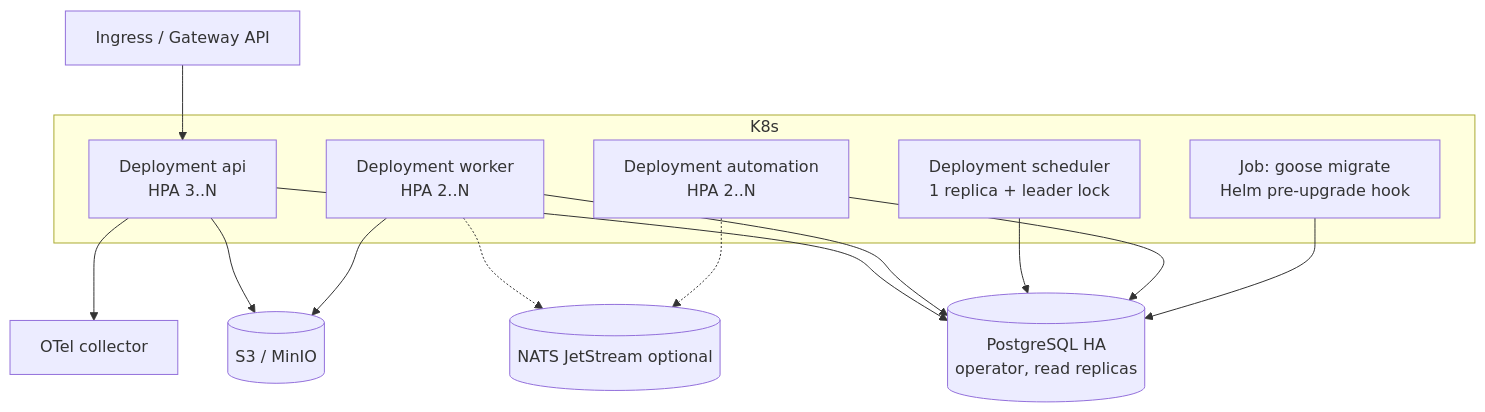
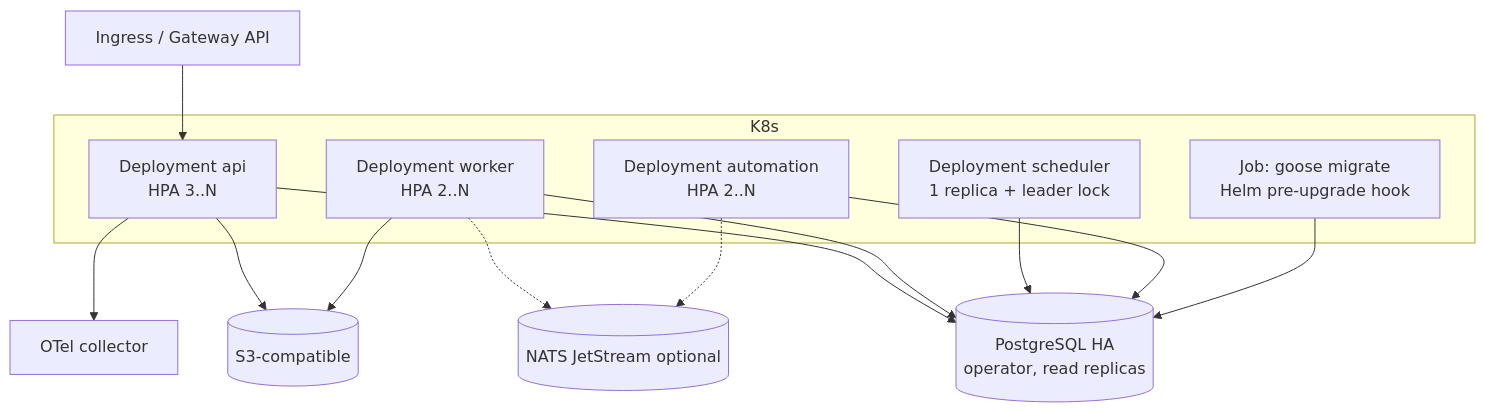
The seventh of 7 diagrams in docs/architecture/arc42.md (Jersyfi/hubtask), drawn with Mermaid before and after one commit. The commit also changed other lines of this file and 31 other files, not shown here.

````diff
--- a/docs/architecture/arc42.md
+++ b/docs/architecture/arc42.md
@@ -495,27 +495,27 @@
 ```mermaid
 graph TB
   ING[Ingress / Gateway API]
   subgraph K8s
     D1[Deployment api<br/>HPA 3..N]
     D2[Deployment worker<br/>HPA 2..N]
     D3[Deployment scheduler<br/>1 replica + leader lock]
     D4[Deployment automation<br/>HPA 2..N]
     JOB[Job: goose migrate<br/>Helm pre-upgrade hook]
   end
   PG[(PostgreSQL HA<br/>operator, read replicas)]
-  S3[(S3 / MinIO)]
+  S3[(S3-compatible)]
   NATS[(NATS JetStream optional)]
   OTELC[OTel collector]
 
   ING --> D1
   D1 --> PG
   D2 --> PG
   D3 --> PG
   D4 --> PG
   D1 --> S3
   D2 --> S3
   D2 -.-> NATS
   D4 -.-> NATS
   D1 --> OTELC
   JOB --> PG
 ```
````
